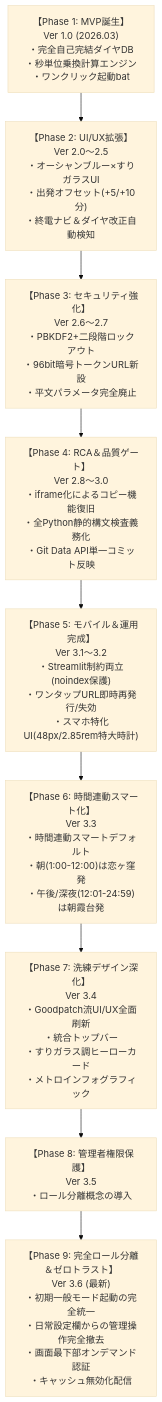
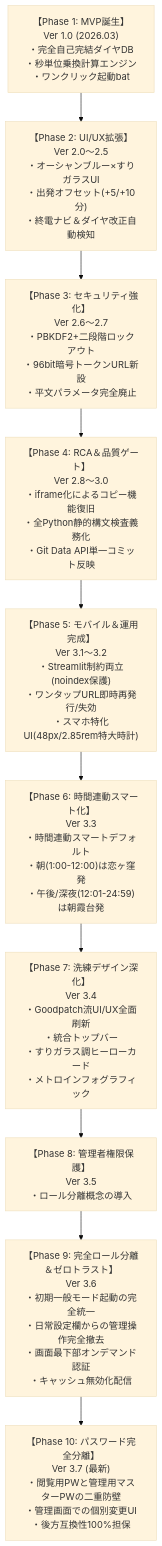
One commit to uriboh428/koiasa-train-timer changed the diagram in REQUIREMENTS.md. Above: the diagram before and after it, drawn with Mermaid (base theme). The commit also changed other lines of this file and 4 other files, not shown here.

````diff
--- a/REQUIREMENTS.md
+++ b/REQUIREMENTS.md
@@ -20,22 +20,24 @@
 ```mermaid
 flowchart TD
     V1["【Phase 1: MVP誕生】<br>Ver 1.0 (2026.03)<br>・完全自己完結ダイヤDB<br>・秒単位乗換計算エンジン<br>・ワンクリック起動bat"]
     
     V2["【Phase 2: UI/UX拡張】<br>Ver 2.0〜2.5<br>・オーシャンブルー×すりガラスUI<br>・出発オフセット(+5/+10分)<br>・終電ナビ＆ダイヤ改正自動検知"]
     
     V3["【Phase 3: セキュリティ強化】<br>Ver 2.6〜2.7<br>・PBKDF2+二段階ロックアウト<br>・96bit暗号トークンURL新設<br>・平文パラメータ完全廃止"]
     
     V4["【Phase 4: RCA＆品質ゲート】<br>Ver 2.8〜3.0<br>・iframe化によるコピー機能復旧<br>・全Python静的構文検査義務化<br>・Git Data API単一コミット反映"]
     
     V5["【Phase 5: モバイル＆運用完成】<br>Ver 3.1〜3.2<br>・Streamlit制約両立(noindex保護)<br>・ワンタップURL即時再発行/失効<br>・スマホ特化UI(48px/2.85rem特大時計)"]
 
     V6["【Phase 6: 時間連動スマート化】<br>Ver 3.3<br>・時間連動スマートデフォルト<br>・朝(1:00-12:00)は恋ヶ窪発<br>・午後/深夜(12:01-24:59)は朝霞台発"]
 
     V7["【Phase 7: 洗練デザイン深化】<br>Ver 3.4<br>・Goodpatch流UI/UX全面刷新<br>・統合トップバー<br>・すりガラス調ヒーローカード<br>・メトロインフォグラフィック"]
 
     V8["【Phase 8: 管理者権限保護】<br>Ver 3.5<br>・ロール分離概念の導入"]
 
-    V9["【Phase 9: 完全ロール分離＆ゼロトラスト】<br>Ver 3.6 (最新)<br>・初期一般モード起動の完全統一<br>・日常設定欄からの管理操作完全撤去<br>・画面最下部オンデマンド認証<br>・キャッシュ無効化配信"]
+    V9["【Phase 9: 完全ロール分離＆ゼロトラスト】<br>Ver 3.6<br>・初期一般モード起動の完全統一<br>・日常設定欄からの管理操作完全撤去<br>・画面最下部オンデマンド認証<br>・キャッシュ無効化配信"]
 
-    V1 --> V2 --> V3 --> V4 --> V5 --> V6 --> V7 --> V8 --> V9
+    V10["【Phase 10: パスワード完全分離】<br>Ver 3.7 (最新)<br>・閲覧用PWと管理用マスターPWの二重防壁<br>・管理画面での個別変更UI<br>・後方互換性100%担保"]
+
+    V1 --> V2 --> V3 --> V4 --> V5 --> V6 --> V7 --> V8 --> V9 --> V10
 ```
````
